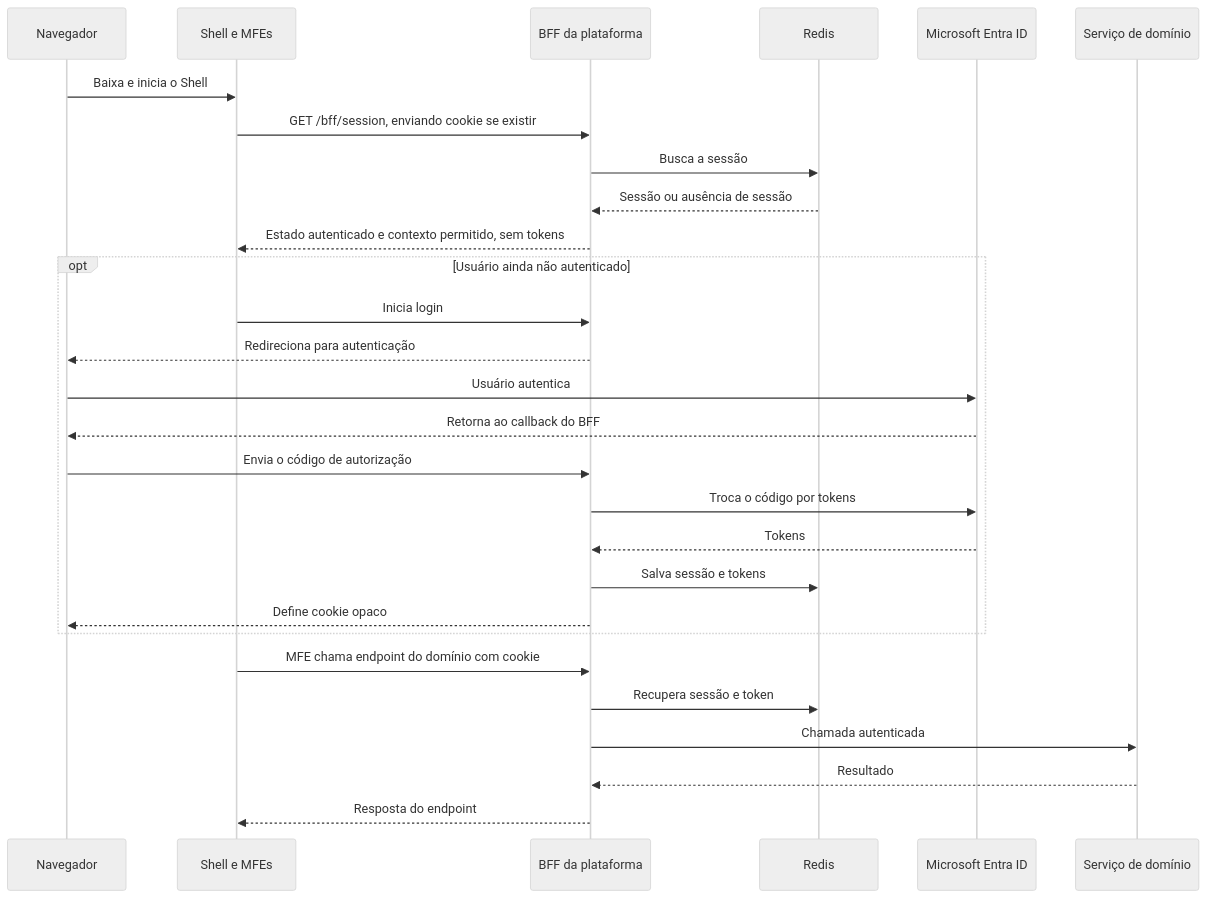
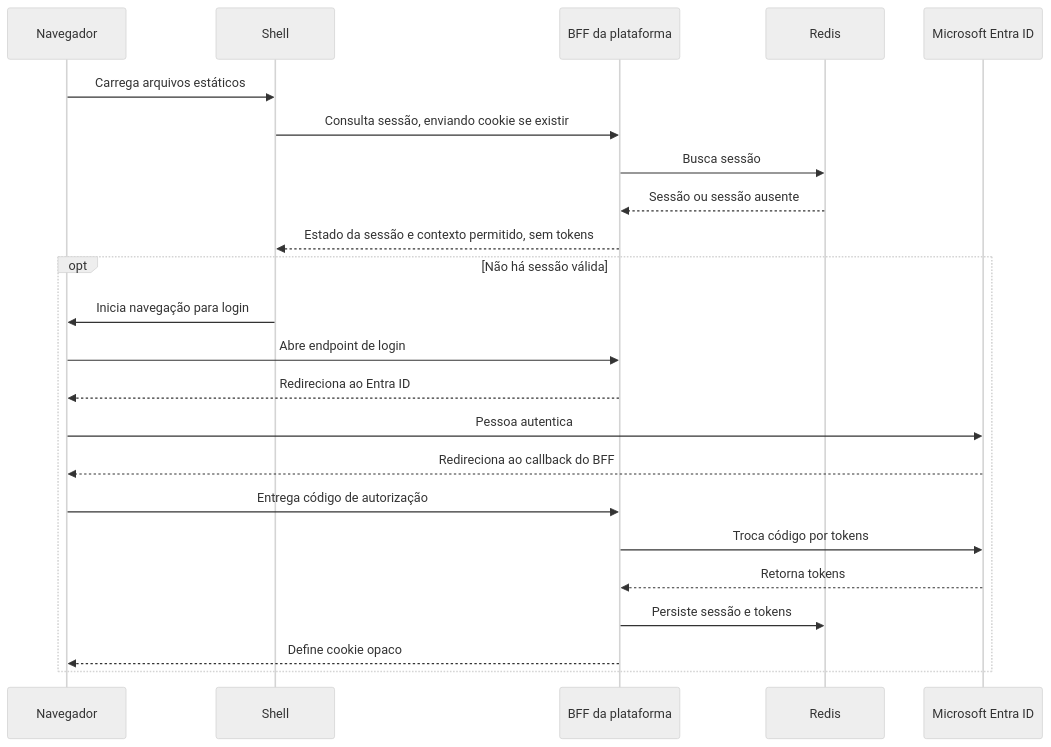
One commit to BrunoBS/guideline-java changed the third of 4 diagrams in docs/refinamento/18-micro-frontends/apresentacao-visao-geral.md. Above: the diagram before and after it, drawn with Mermaid (neutral theme). The commit also changed other lines of this file, not shown here.

Commit message:
docs: completar visão de navegação e responsabilidades

```diff
--- a/docs/refinamento/18-micro-frontends/apresentacao-visao-geral.md
+++ b/docs/refinamento/18-micro-frontends/apresentacao-visao-geral.md
@@ -53,33 +71,27 @@
 ~~~mermaid
 sequenceDiagram
   participant Browser as Navegador
-  participant Shell as Shell e MFEs
+  participant Shell as Shell
   participant BFF as BFF da plataforma
   participant Redis as Redis
   participant Entra as Microsoft Entra ID
-  participant API as Serviço de domínio
 
-  Browser->>Shell: Baixa e inicia o Shell
-  Shell->>BFF: GET /bff/session, enviando cookie se existir
-  BFF->>Redis: Busca a sessão
-  Redis-->>BFF: Sessão ou ausência de sessão
-  BFF-->>Shell: Estado autenticado e contexto permitido, sem tokens
+  Browser->>Shell: Carrega arquivos estáticos
+  Shell->>BFF: Consulta sessão, enviando cookie se existir
+  BFF->>Redis: Busca sessão
+  Redis-->>BFF: Sessão ou sessão ausente
+  BFF-->>Shell: Estado da sessão e contexto permitido, sem tokens
 
-  opt Usuário ainda não autenticado
-    Shell->>BFF: Inicia login
-    BFF-->>Browser: Redireciona para autenticação
-    Browser->>Entra: Usuário autentica
-    Entra-->>Browser: Retorna ao callback do BFF
-    Browser->>BFF: Envia o código de autorização
-    BFF->>Entra: Troca o código por tokens
-    Entra-->>BFF: Tokens
-    BFF->>Redis: Salva sessão e tokens
+  opt Não há sessão válida
+    Shell->>Browser: Inicia navegação para login
+    Browser->>BFF: Abre endpoint de login
+    BFF-->>Browser: Redireciona ao Entra ID
+    Browser->>Entra: Pessoa autentica
+    Entra-->>Browser: Redireciona ao callback do BFF
+    Browser->>BFF: Entrega código de autorização
+    BFF->>Entra: Troca código por tokens
+    Entra-->>BFF: Retorna tokens
+    BFF->>Redis: Persiste sessão e tokens
     BFF-->>Browser: Define cookie opaco
   end
-
-  Shell->>BFF: MFE chama endpoint do domínio com cookie
-  BFF->>Redis: Recupera sessão e token
-  BFF->>API: Chamada autenticada
-  API-->>BFF: Resultado
-  BFF-->>Shell: Resposta do endpoint
 ~~~
```
